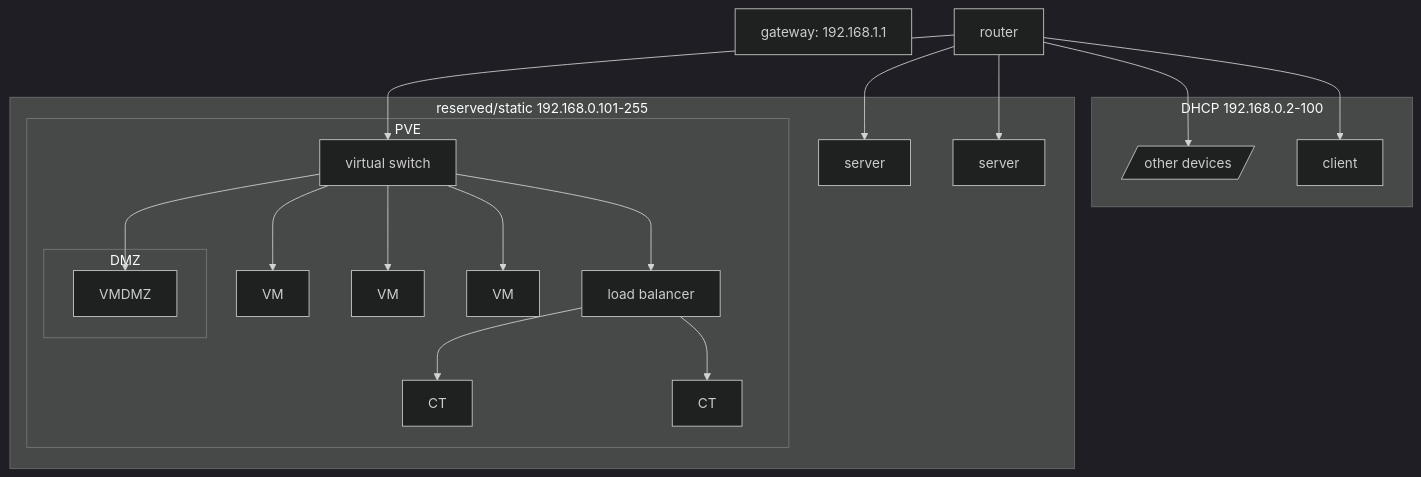
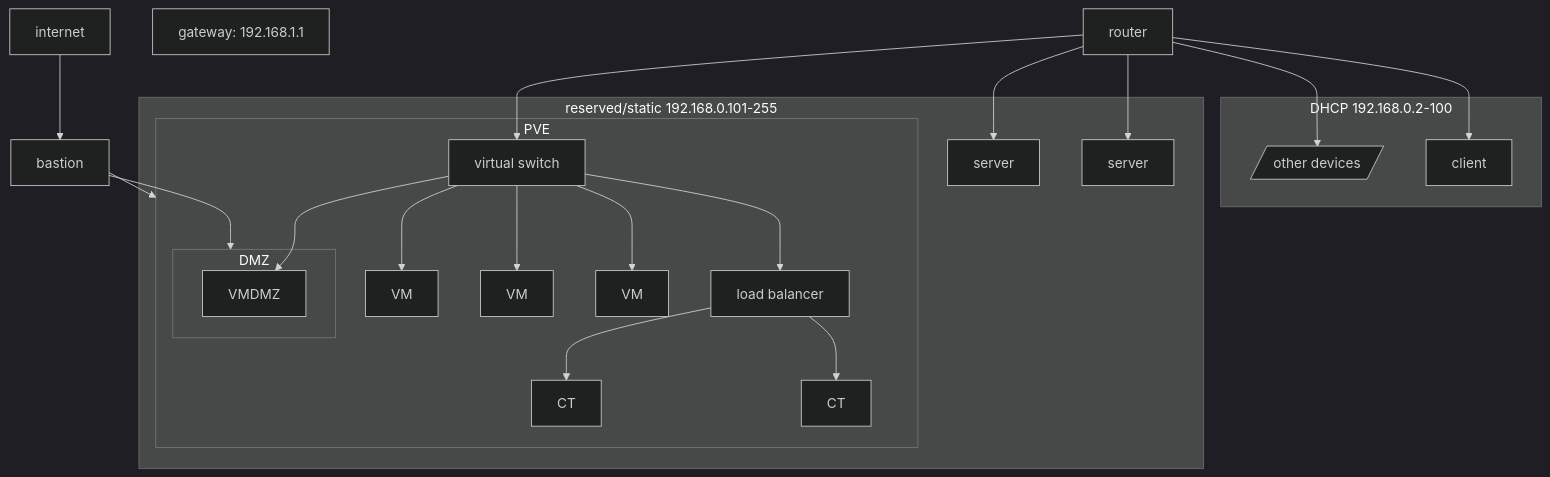
The diagram in deployment-layout.md (abdelhousni/homelab-dar), drawn with Mermaid (dark theme) before and after one commit.

````diff
--- a/deployment-layout.md
+++ b/deployment-layout.md
@@ -2,44 +2,48 @@
 ```mermaid
 graph TD
+    internet --> bastion
+  
+    bastion --> PVE
+    bastion --> DMZ
     gateway[gateway: 192.168.1.1]
     A[router] --> 
     vswitch[virtual switch] --> LB[load balancer]
     
     vswitch --> VM1[VM]
     vswitch--> VM2[VM]
 
     vswitch --> VM3[VM]
     LB --> CT1[CT]
     LB --> CT2[CT]
     
     A[router] --> Server1[server]
     A[router] --> Server2[server]
     A[router] --> other[/other devices/]
     A[router] --> client[client]
     subgraph DHCP 192.168.0.2-100
       other
       client
     end
     subgraph PVE
         vswitch
         VM1
         VM2
         VM3
         VMDMZ
         LB
         CT1
         CT2
         vswitch --> VMDMZ
         subgraph DMZ
 
        VMDMZ
 
     end
     end
     
     subgraph reserved/static 192.168.0.101-255
       Server1
       Server2
       PVE
     end
 ```
````
